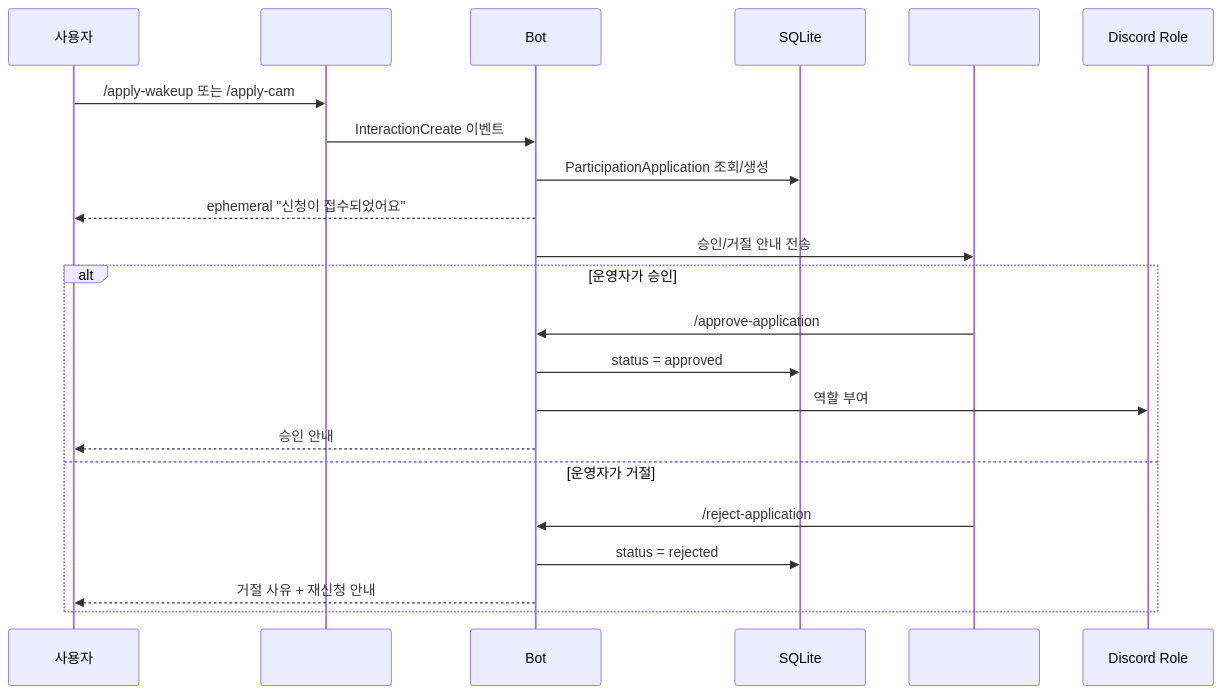
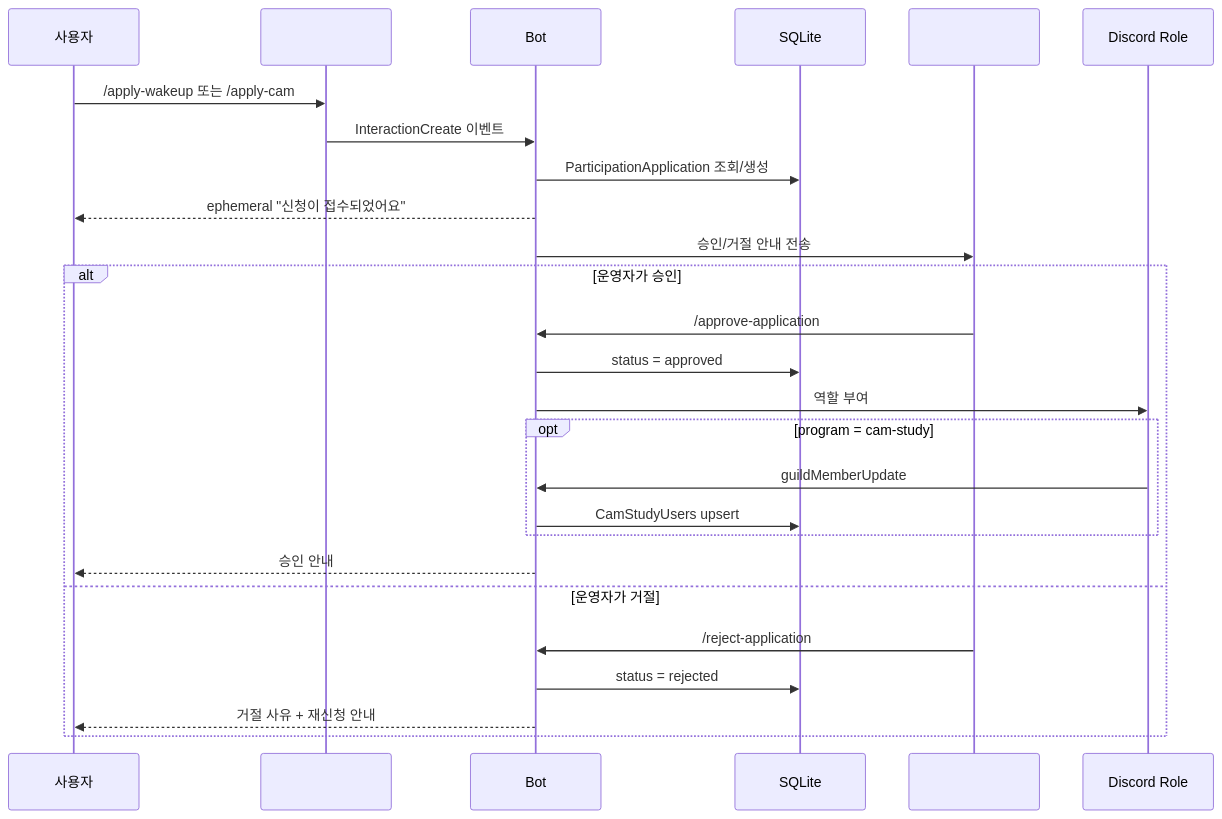
The second of 16 diagrams in docs/USER_STORIES.md (honki12345/haruharu-discord-bot), drawn with Mermaid before and after one commit. The commit also changed other lines of this file and 13 other files, not shown here.

Commit message:
feat: sync cam study registration to role changes (#53)

````diff
--- a/docs/USER_STORIES.md
+++ b/docs/USER_STORIES.md
@@ -53,26 +54,30 @@
 ```mermaid
 sequenceDiagram
     participant U as 사용자
     participant A as #apply
     participant B as Bot
     participant DB as SQLite
     participant O as #ops
     participant D as Discord Role
 
     U->>A: /apply-wakeup 또는 /apply-cam
     A->>B: InteractionCreate 이벤트
     B->>DB: ParticipationApplication 조회/생성
     B-->>U: ephemeral "신청이 접수되었어요"
     B->>O: 승인/거절 안내 전송
 
     alt 운영자가 승인
         O->>B: /approve-application
         B->>DB: status = approved
         B->>D: 역할 부여
+        opt program = cam-study
+            D->>B: guildMemberUpdate
+            B->>DB: CamStudyUsers upsert
+        end
         B-->>U: 승인 안내
     else 운영자가 거절
         O->>B: /reject-application
         B->>DB: status = rejected
         B-->>U: 거절 사유 + 재신청 안내
     end
 ```
````
